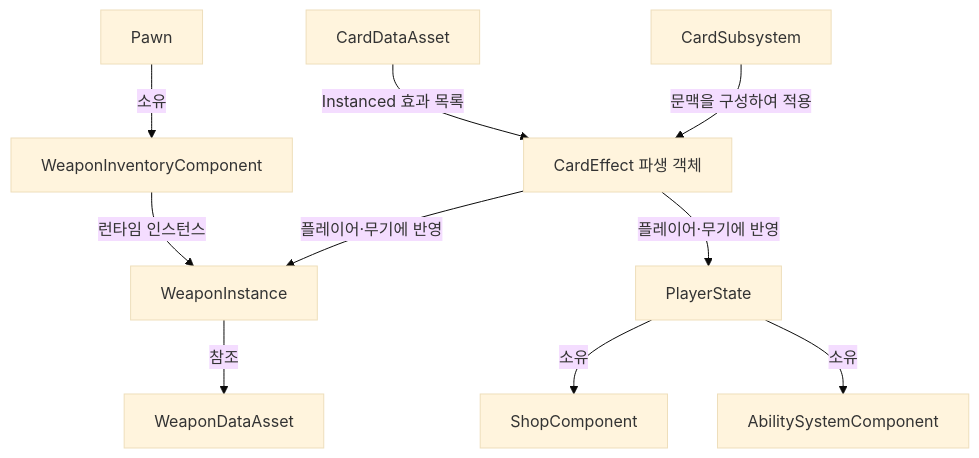
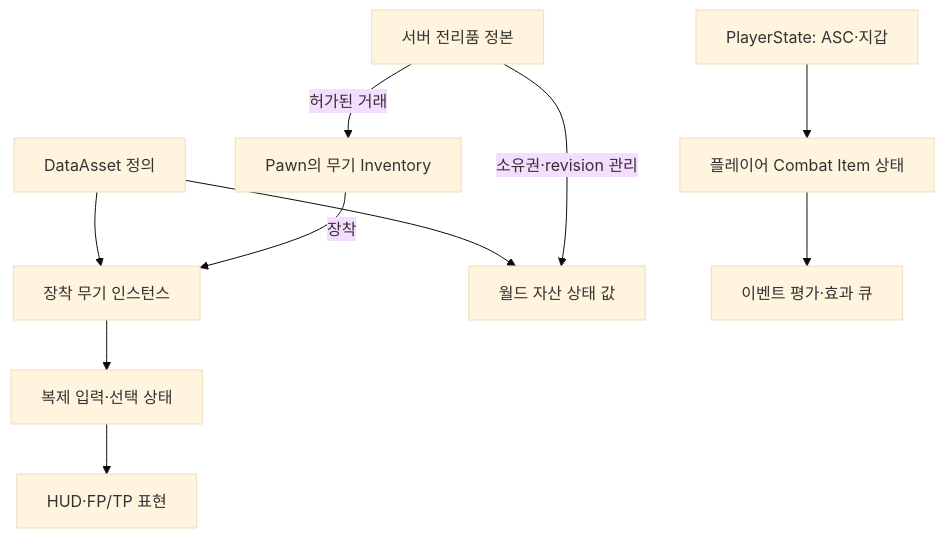
One commit to Hato-1998/FPSRoguelite-Portfolio changed the diagram in docs/01-architecture.md. Above: the diagram before and after it, drawn with Mermaid (base theme). The commit also changed other lines of this file and 9 other files, not shown here.

````diff
--- a/docs/01-architecture.md
+++ b/docs/01-architecture.md
@@ -25,12 +26,12 @@
 ```mermaid
 flowchart TD
-    PS["PlayerState"] -->|"소유"| Shop["ShopComponent"]
-    PS -->|"소유"| ASC["AbilitySystemComponent"]
-    Pawn["Pawn"] -->|"소유"| Inventory["WeaponInventoryComponent"]
-    Inventory -->|"런타임 인스턴스"| Instance["WeaponInstance"]
-    Instance -->|"참조"| WeaponDA["WeaponDataAsset"]
-    CardDA["CardDataAsset"] -->|"Instanced 효과 목록"| Effects["CardEffect 파생 객체"]
-    Cards["CardSubsystem"] -->|"문맥을 구성하여 적용"| Effects
-    Effects -->|"플레이어·무기에 반영"| PS
-    Effects -->|"플레이어·무기에 반영"| Instance
+    DA["DataAsset 정의"] --> Instance["장착 무기 인스턴스"]
+    DA --> Value["월드 자산 상태 값"]
+    Ledger["서버 전리품 정본"] -->|"소유권·revision 관리"| Value
+    Inventory["Pawn의 무기 Inventory"] -->|"장착"| Instance
+    Ledger -->|"허가된 거래"| Inventory
+    PS["PlayerState: ASC·지갑"] --> Build["플레이어 Combat Item 상태"]
+    Build --> Events["이벤트 평가·효과 큐"]
+    Instance --> Rep["복제 입력·선택 상태"]
+    Rep --> Visual["HUD·FP/TP 표현"]
 ```
````
